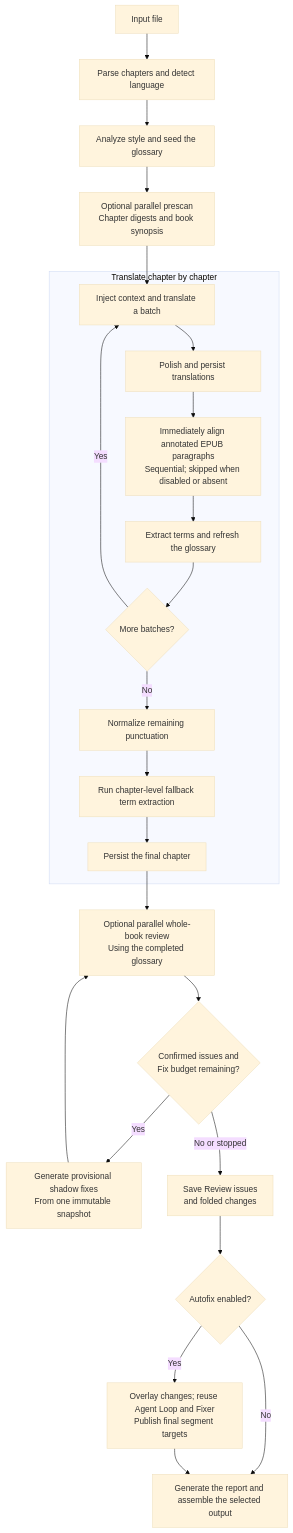
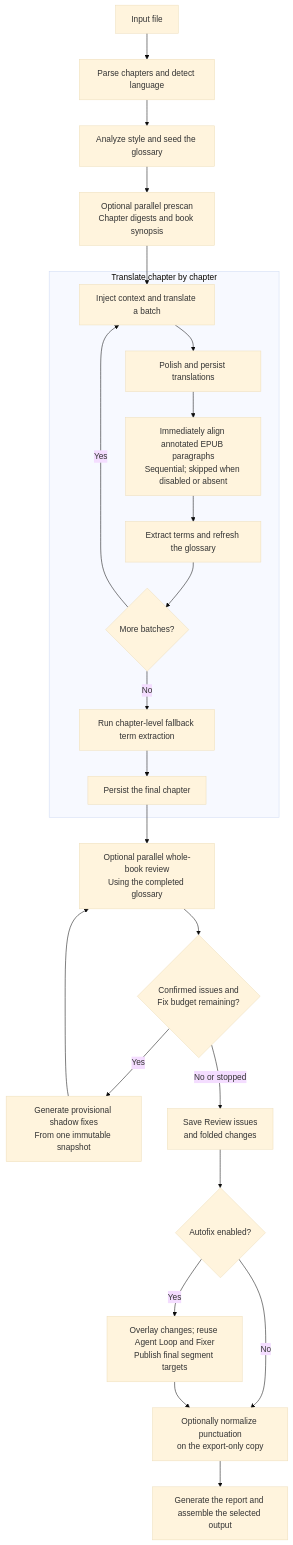
The diagram in README.md (BigDawnGhost/wenyi), drawn with Mermaid (base theme) before and after one commit. The commit also changed 22 other files, not shown here.

Commit message:
fix(output): normalize punctuation only during export

````diff
--- a/README.md
+++ b/README.md
@@ -167,29 +167,29 @@
 ```mermaid
 flowchart TD
     A[Input file] --> B[Parse chapters and detect language]
     B --> C[Analyze style and seed the glossary]
     C --> D[Optional parallel prescan<br/>Chapter digests and book synopsis]
     D --> E
 
     subgraph T[Translate chapter by chapter]
         E[Inject context and translate a batch]
         E --> F[Polish and persist translations]
         F --> FA[Immediately align annotated EPUB paragraphs<br/>Sequential; skipped when disabled or absent]
         FA --> G[Extract terms and refresh the glossary]
         G --> H{More batches?}
         H -- Yes --> E
-        H -- No --> I[Normalize remaining punctuation]
-        I --> IB[Run chapter-level fallback term extraction]
+        H -- No --> IB[Run chapter-level fallback term extraction]
         IB --> J[Persist the final chapter]
     end
 
     J --> K[Optional parallel whole-book review<br/>Using the completed glossary]
     K --> N{Confirmed issues and<br/>Fix budget remaining?}
     N -- Yes --> O[Generate provisional shadow fixes<br/>From one immutable snapshot]
     O --> K
     N -- No or stopped --> P[Save Review issues<br/>and folded changes]
     P --> Q{Autofix enabled?}
     Q -- Yes --> R[Overlay changes; reuse Agent Loop and Fixer<br/>Publish final segment targets]
-    Q -- No --> M[Generate the report and assemble the selected output]
-    R --> M
+    Q -- No --> X[Optionally normalize punctuation<br/>on the export-only copy]
+    R --> X
+    X --> M[Generate the report and assemble the selected output]
 ```
````
